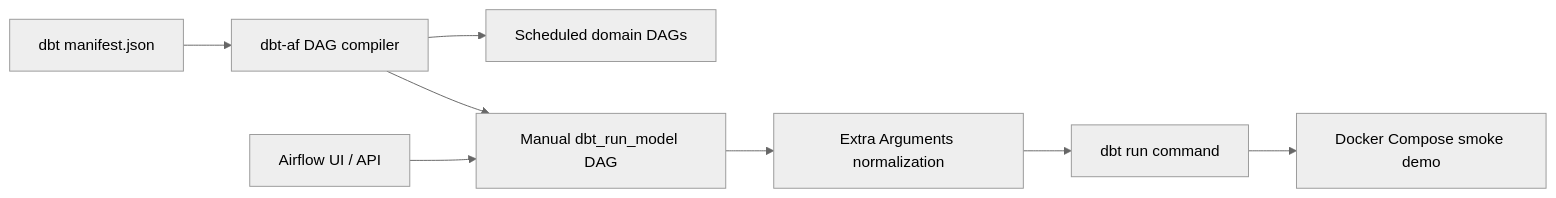
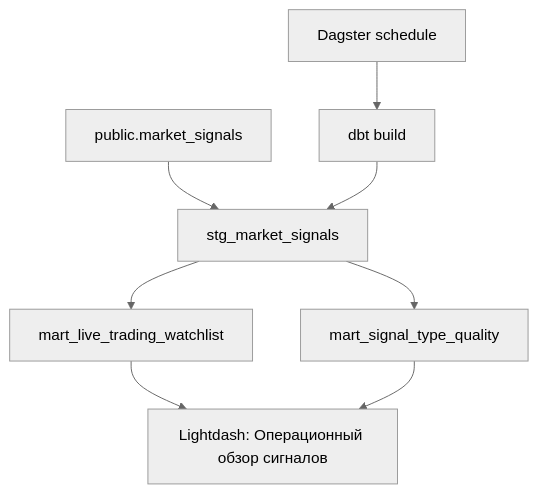
The diagram in CASE_STUDY.md (karnaksp/investment-signals-analytics), drawn with Mermaid (neutral theme) before and after one commit. The commit also changed other lines of this file and 46 other files, not shown here.

````diff
--- a/CASE_STUDY.md
+++ b/CASE_STUDY.md
@@ -29,10 +27,10 @@
 ```mermaid
-flowchart LR
-    Manifest["dbt manifest.json"] --> Compiler["dbt-af DAG compiler"]
-    Compiler --> Scheduled["Scheduled domain DAGs"]
-    Compiler --> Manual["Manual dbt_run_model DAG"]
-    Airflow["Airflow UI / API"] --> Manual
-    Manual --> Args["Extra Arguments normalization"]
-    Args --> Command["dbt run command"]
-    Command --> Smoke["Docker Compose smoke demo"]
+flowchart TD
+    Raw["public.market_signals"] --> Stg["stg_market_signals"]
+    Stg --> Watchlist["mart_live_trading_watchlist"]
+    Stg --> Quality["mart_signal_type_quality"]
+    Dagster["Dagster schedule"] --> Build["dbt build"]
+    Build --> Stg
+    Watchlist --> Dashboard["Lightdash: Операционный обзор сигналов"]
+    Quality --> Dashboard
 ```
````
